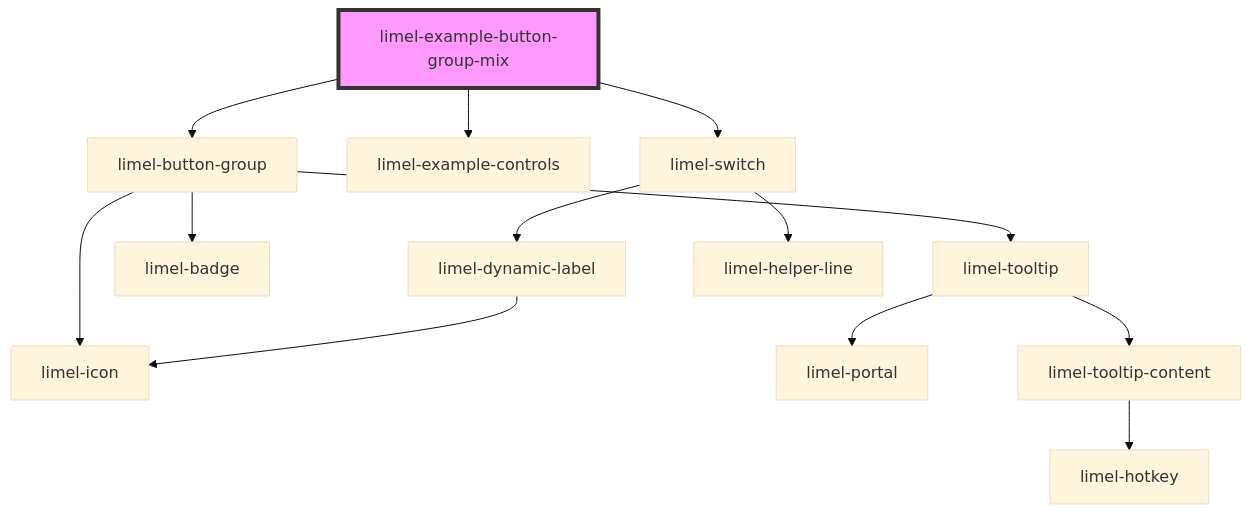
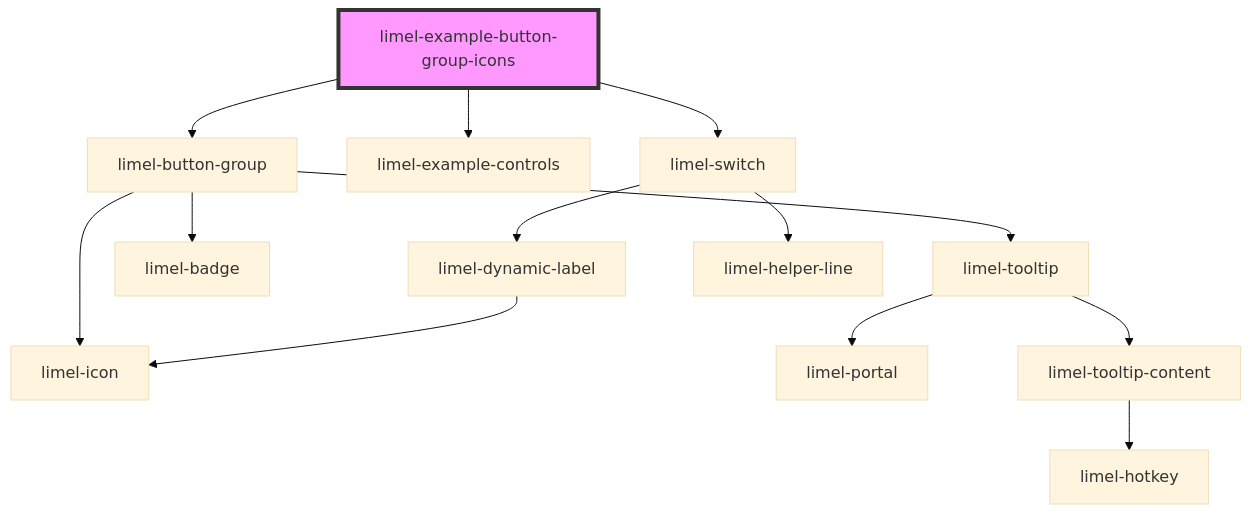
The diagram in versions/PR-4450/markdown-docs/components/button-group/examples/readme.md (Lundalogik/lime-elements), drawn with Mermaid (base theme) before and after one commit. The commit also changed other lines of this file and 16 other files, not shown here.

````diff
--- a/versions/PR-4450/markdown-docs/components/button-group/examples/readme.md
+++ b/versions/PR-4450/markdown-docs/components/button-group/examples/readme.md
@@ -25,16 +31,16 @@
 ```mermaid
 graph TD;
-  limel-example-button-group-mix --> limel-button-group
-  limel-example-button-group-mix --> limel-example-controls
-  limel-example-button-group-mix --> limel-switch
+  limel-example-button-group-icons --> limel-button-group
+  limel-example-button-group-icons --> limel-example-controls
+  limel-example-button-group-icons --> limel-switch
   limel-button-group --> limel-icon
   limel-button-group --> limel-tooltip
   limel-button-group --> limel-badge
   limel-tooltip --> limel-portal
   limel-tooltip --> limel-tooltip-content
   limel-tooltip-content --> limel-hotkey
   limel-switch --> limel-dynamic-label
   limel-switch --> limel-helper-line
   limel-dynamic-label --> limel-icon
-  style limel-example-button-group-mix fill:#f9f,stroke:#333,stroke-width:4px
+  style limel-example-button-group-icons fill:#f9f,stroke:#333,stroke-width:4px
 ```
````
